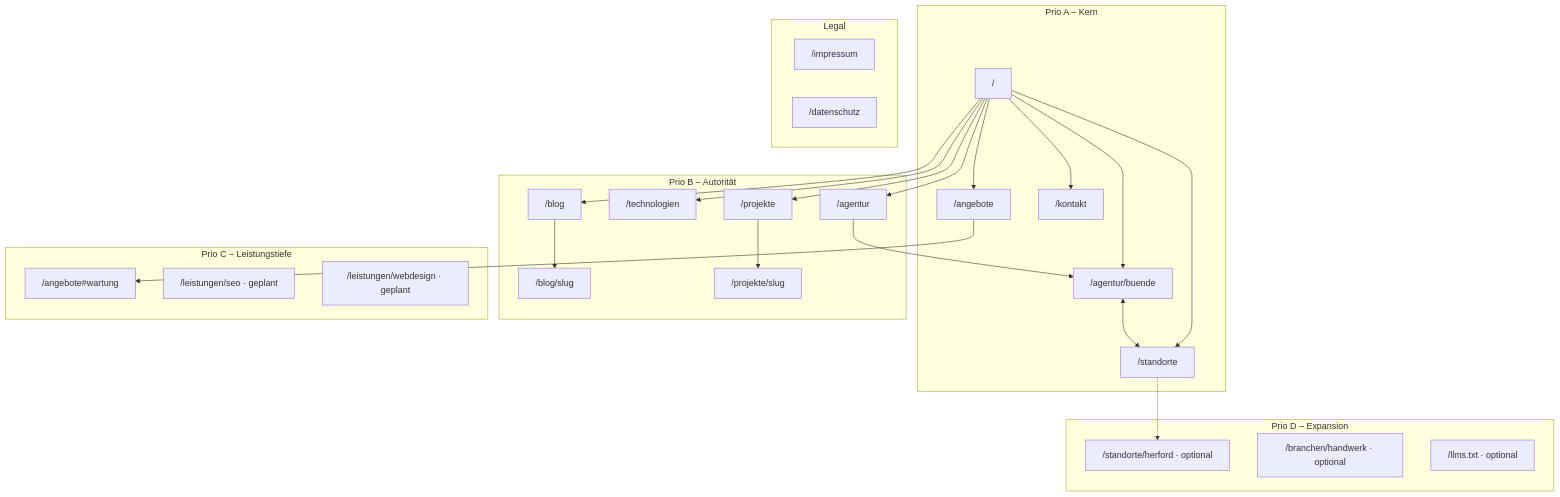
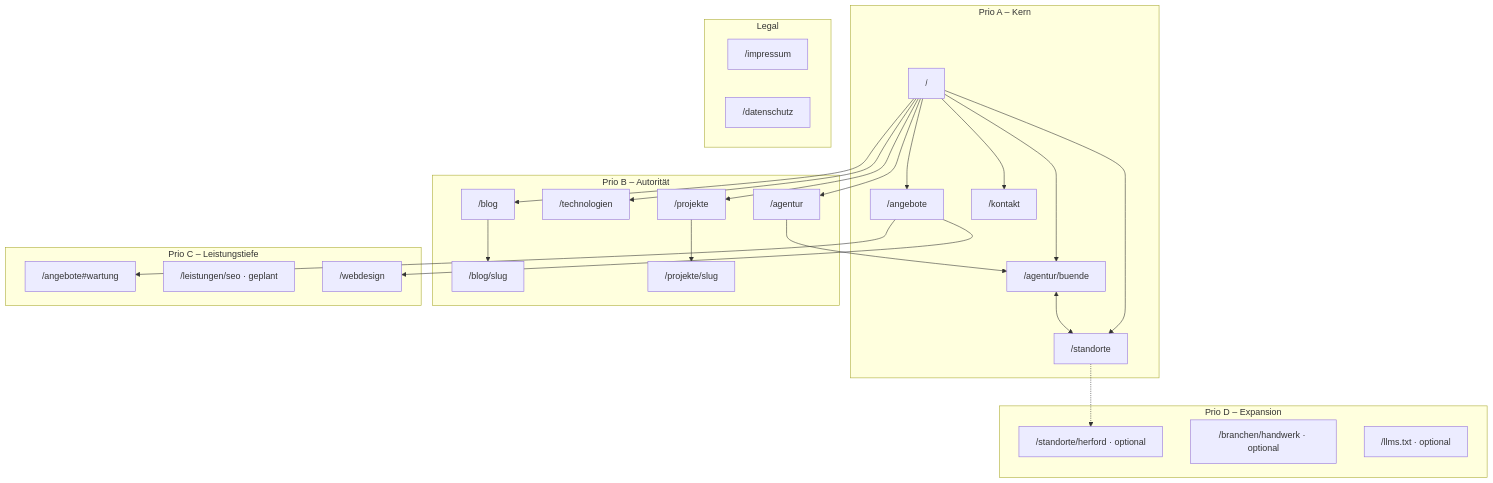
One commit to nicolastexoRocketory/Rocketory_website changed the diagram in docs/seo-strategie.md. Above: the diagram before and after it, drawn with Mermaid. The commit also changed other lines of this file and 188 other files, not shown here.

````diff
--- a/docs/seo-strategie.md
+++ b/docs/seo-strategie.md
@@ -233,45 +233,45 @@
 ```mermaid
 flowchart TB
   subgraph prioA ["Prio A – Kern"]
     HOME["/"]
     BUENDE["/agentur/buende"]
     STANDORTE["/standorte"]
     ANGEBOTE["/angebote"]
     KONTAKT["/kontakt"]
   end
 
   subgraph prioB ["Prio B – Autorität"]
     AGENTUR["/agentur"]
     TECH["/technologien"]
     BLOG["/blog"]
     BLOGPOST["/blog/slug"]
     PROJEKTE["/projekte"]
     PROJEKT["/projekte/slug"]
   end
 
   subgraph prioC ["Prio C – Leistungstiefe"]
     WARTUNG["/angebote#wartung"]
     SVC_SEO["/leistungen/seo · geplant"]
-    SVC_WEB["/leistungen/webdesign · geplant"]
+    SVC_WEB["/webdesign"]
   end
 
   subgraph prioD ["Prio D – Expansion"]
     CITY["/standorte/herford · optional"]
     BRANCHE["/branchen/handwerk · optional"]
     LLMS["/llms.txt · optional"]
   end
 
   subgraph legal ["Legal"]
     IMP["/impressum"]
     DS["/datenschutz"]
   end
 
   HOME --> BUENDE & STANDORTE & ANGEBOTE & KONTAKT
   BUENDE <--> STANDORTE
   AGENTUR --> BUENDE
   BLOG --> BLOGPOST
   PROJEKTE --> PROJEKT
-  ANGEBOTE --> WARTUNG
+  ANGEBOTE --> WARTUNG & SVC_WEB
   STANDORTE -.-> CITY
   HOME --> AGENTUR & TECH & BLOG & PROJEKTE
 ```
````
